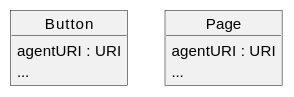
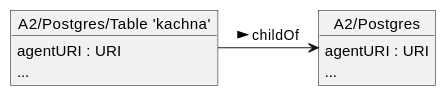
The fifth of 11 diagrams in doc/architecture.adoc (metlos/rhq.next-thoughts), drawn with PlantUML before and after one commit. The commit also changed other lines of this file, not shown here.

Commit message:
Updated the arch doc with discovery workflow

```diff
--- a/doc/architecture.adoc
+++ b/doc/architecture.adoc
@@ -235,14 +260,16 @@
-[plantuml, discovery-results-in-app-agent]
+[plantuml, discovery-results-platform-agent2]
 ....
 
-object "Button" as iaBtn {
+object "A2/Postgres" as pa2Postgres {
     agentURI : URI
     ...
 }
 
-object "Page" as iaPage {
+object "A2/Postgres/Table 'kachna'" as pa2Kachna {
     agentURI : URI
     ...
 }
 
+pa2Kachna -> pa2Postgres : childOf >
+
 ....
```
